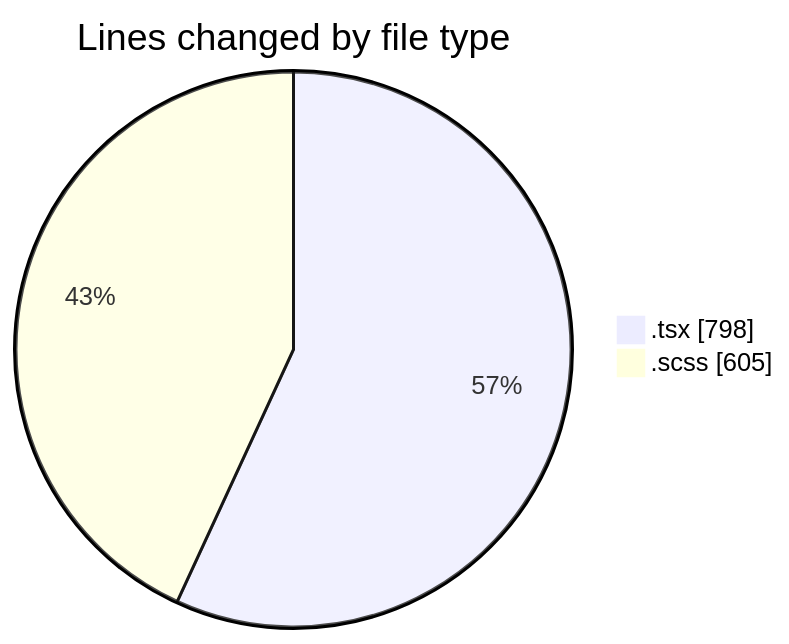
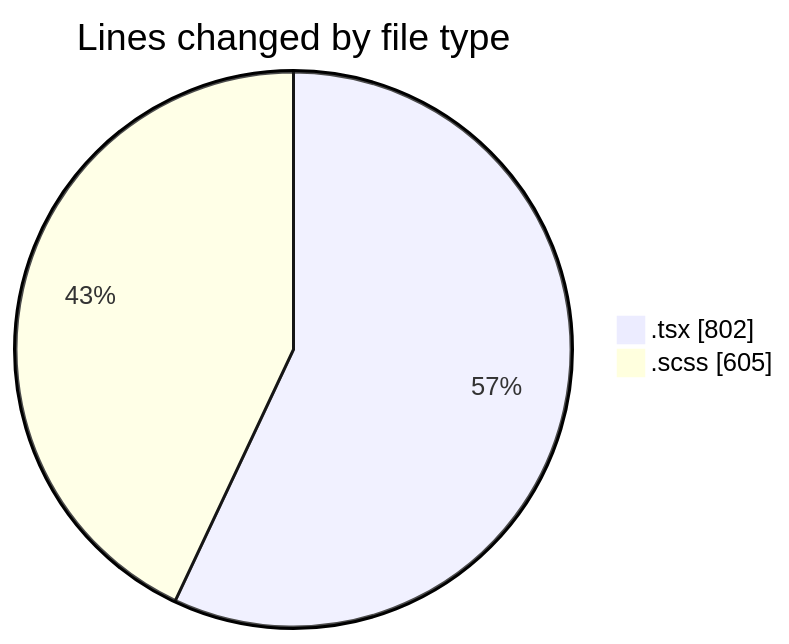
The first of 2 diagrams in 2025-03-27/cda/README.md (momahboobian/code-tracking), drawn with Mermaid before and after one commit. The commit also changed other lines of this file and 1 other file, not shown here.

````diff
--- a/2025-03-27/cda/README.md
+++ b/2025-03-27/cda/README.md
@@ -22,6 +22,6 @@
 ```mermaid
 pie showData
 title Lines changed by file type
-".tsx" : 798
+".tsx" : 802
 ".scss" : 605
 ```
````
